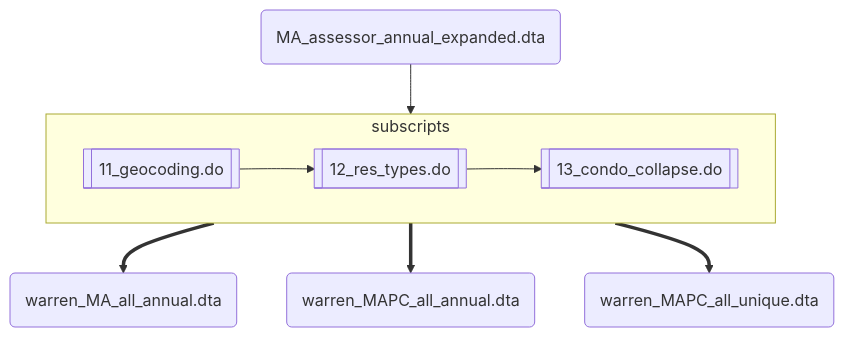
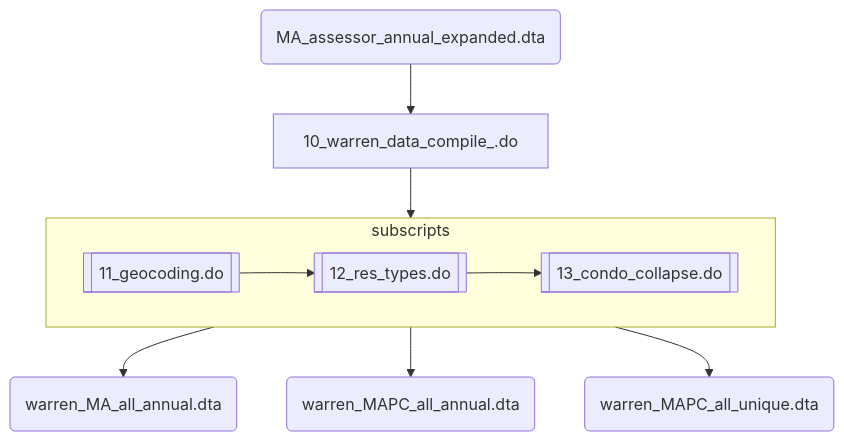
Before and after one commit to nchiumenti/boston_zoning: the first of 4 diagrams in code/data_setup/README.md, drawn with Mermaid. The commit also changed other lines of this file, not shown here.

````diff
--- a/code/data_setup/README.md
+++ b/code/data_setup/README.md
@@ -51,22 +51,22 @@
 ```mermaid
 flowchart TD
 
   d0(MA_assessor_annual_expanded.dta)
+  f0[10_warren_data_compile_.do];
   f1@{ shape: subproc, label: 11_geocoding.do}
   f2@{ shape: subproc, label: "12_res_types.do" }
   f3@{ shape: subproc, label: "13_condo_collapse.do" }
 
   subgraph subscripts;
     f1-->f2-->f3;
   end
 
   d2(warren_MA_all_annual.dta);
   d3(warren_MAPC_all_annual.dta);
   d4(warren_MAPC_all_unique.dta);
 
-  d0 --> subscripts
-  subscripts ==> d2
-  subscripts ==> d3
-  subscripts ==> d4
-
+  d0 --> f0 --> subscripts
+  subscripts --> d2
+  subscripts --> d3
+  subscripts --> d4
 ```
````
